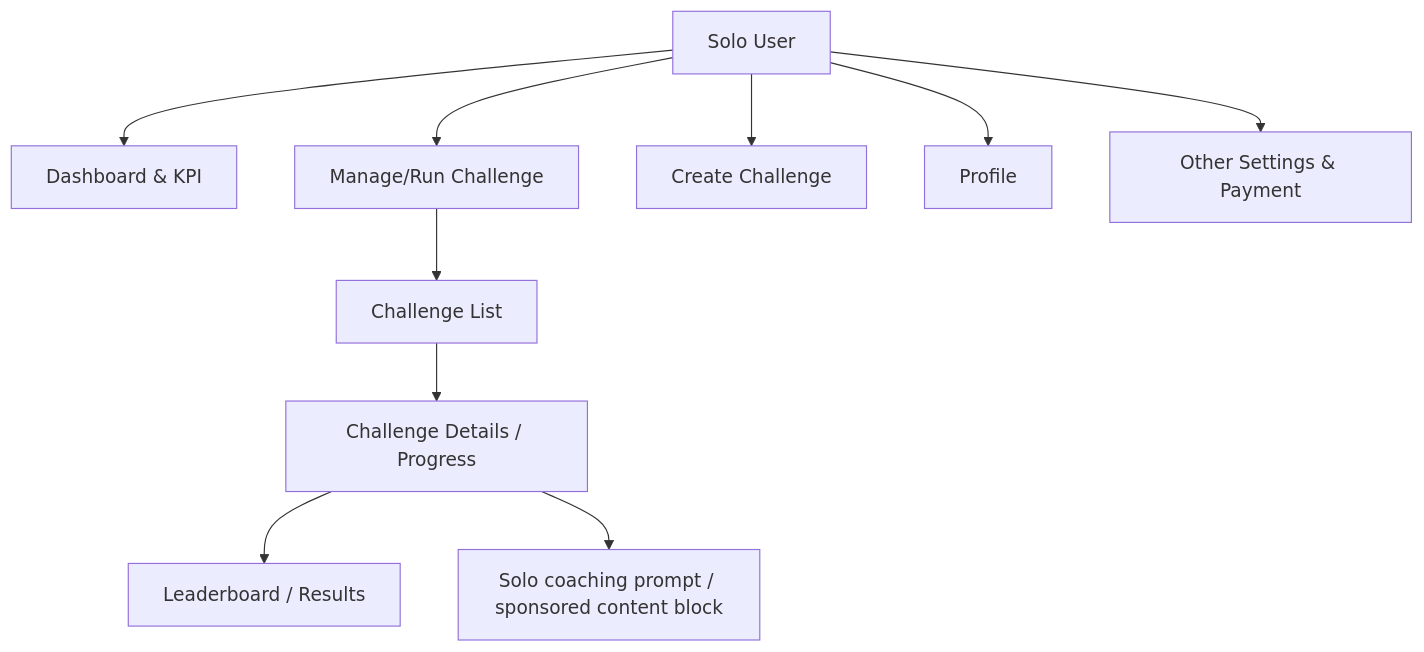
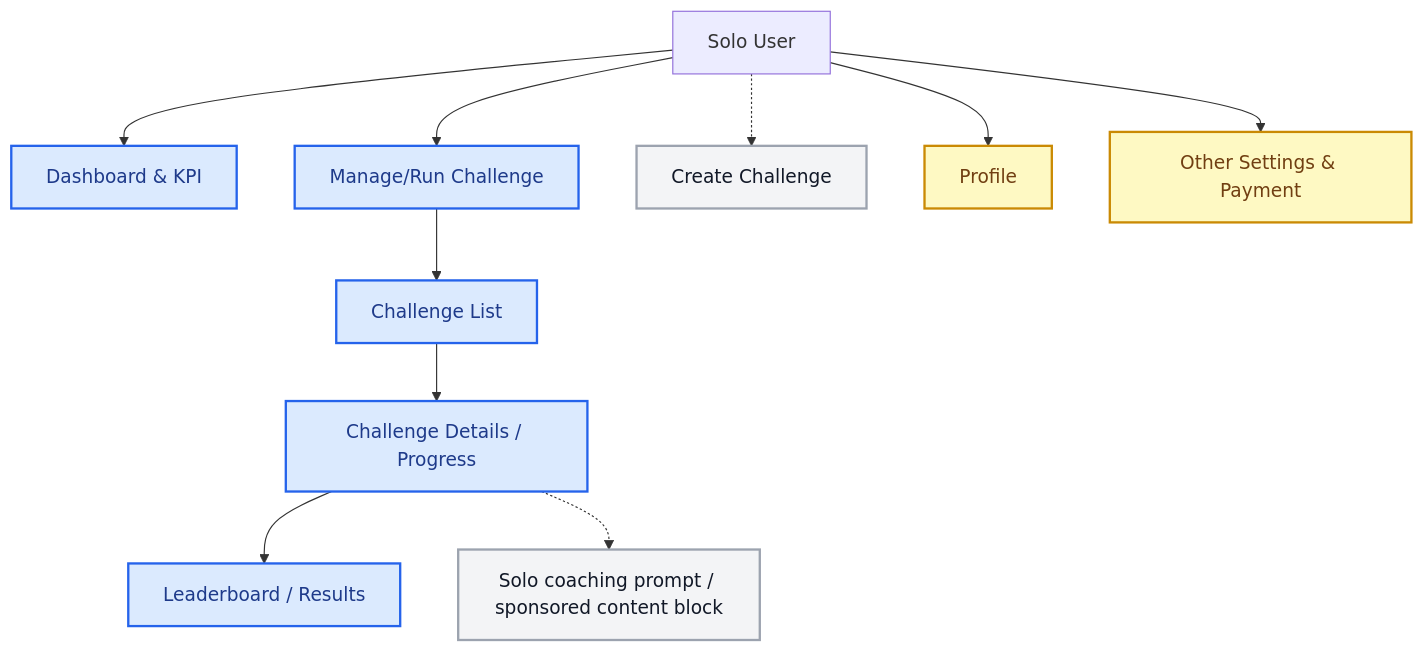
Before and after one commit to jonhazeltine/compass-kpi: the eighth of 9 diagrams in docs/spec/appendix/INTENDED_WIRING_DIAGRAM.md, drawn with Mermaid. The commit also changed other lines of this file, not shown here.

Commit message:
Standardize wiring diagram status colors

````diff
--- a/docs/spec/appendix/INTENDED_WIRING_DIAGRAM.md
+++ b/docs/spec/appendix/INTENDED_WIRING_DIAGRAM.md
@@ -198,13 +258,22 @@
 ```mermaid
 flowchart TD
   S["Solo User"] --> SD["Dashboard & KPI"]
   S --> SC["Manage/Run Challenge"]
-  S --> SCP["Create Challenge"]
+  S -.-> SCP["Create Challenge"]
   S --> SP["Profile"]
   S --> SS["Other Settings & Payment"]
 
   SC --> SCL["Challenge List"]
   SCL --> SCD["Challenge Details / Progress"]
   SCD --> SCB["Leaderboard / Results"]
-  SCD --> SCN["Solo coaching prompt / sponsored content block"]
+  SCD -.-> SCN["Solo coaching prompt / sponsored content block"]
+
+  classDef mvp fill:#dbeafe,stroke:#2563eb,color:#1e3a8a,stroke-width:2px;
+  classDef prod fill:#dcfce7,stroke:#16a34a,color:#14532d,stroke-width:2px;
+  classDef framed fill:#fef9c3,stroke:#ca8a04,color:#713f12,stroke-width:2px;
+  classDef missing fill:#f3f4f6,stroke:#9ca3af,color:#111827,stroke-width:2px;
+
+  class SD,SC,SCL,SCD,SCB mvp;
+  class SP,SS framed;
+  class SCP,SCN missing;
 ```
````
